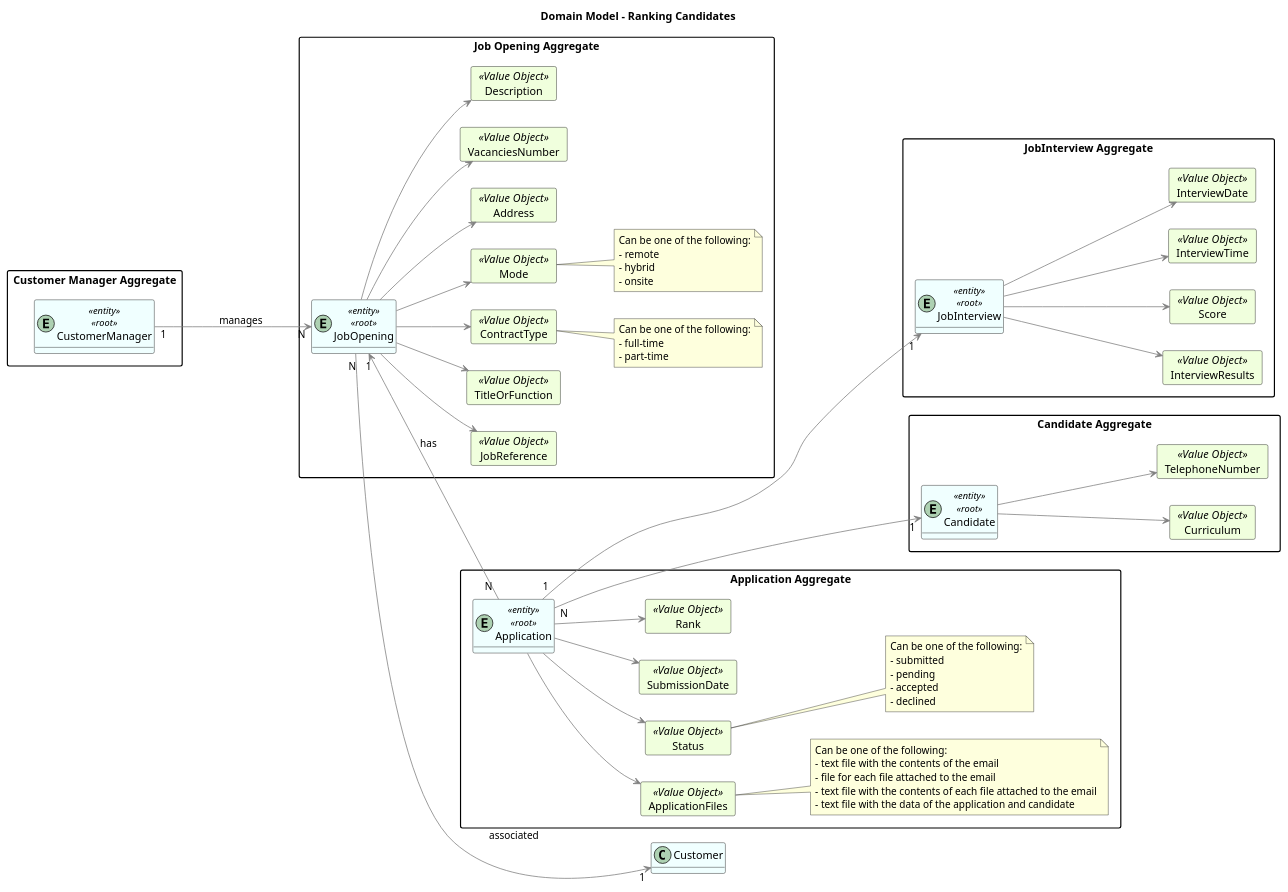
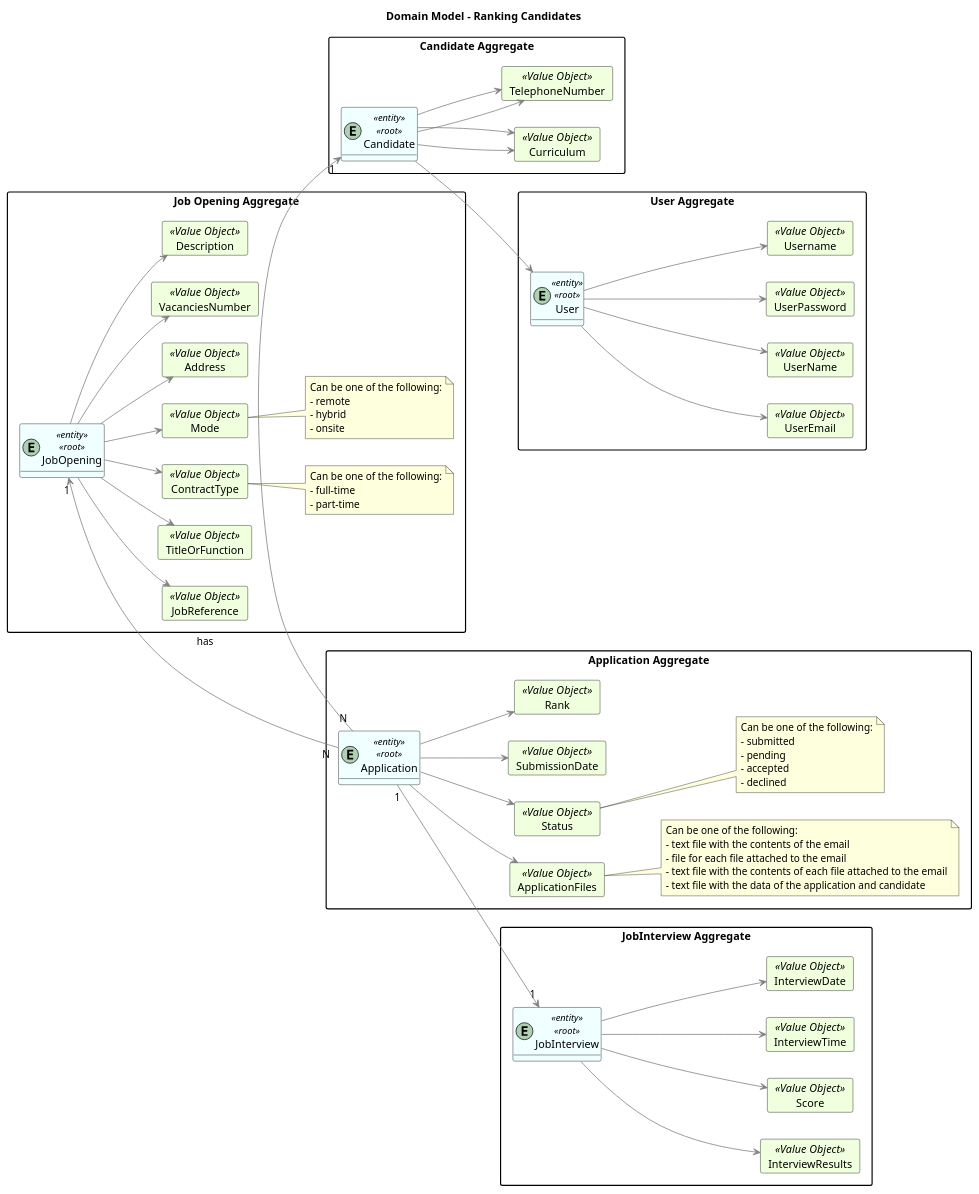
Before and after one commit to MiguelCardoso77/LAPR4: the diagram in docs/SprintC/10-ordered-list-of-candidates/domain-model.puml, drawn with PlantUML. The commit also changed 4 other files, not shown here.

```diff
--- a/docs/SprintC/10-ordered-list-of-candidates/domain-model.puml
+++ b/docs/SprintC/10-ordered-list-of-candidates/domain-model.puml
@@ -1,148 +1,175 @@
 @startuml
 hide methods
 left to right direction
 
 Title "Domain Model - Ranking Candidates"
 
 skinparam class {
     LifeLineBorderColor DarkBlue
     LifeLineBackgroundColor APPLICATION
     BackgroundColor #F0FFFF
     ArrowColor grey
     BorderColor black
 }
 
 skinparam packageStyle rectangle
 
 skinparam card {
     LifeLineBorderColor Green
     LifeLineBackgroundColor APPLICATION
     BackgroundColor #F0FFDD
     ArrowColor DarkGrey
     BorderColor Black
 }
 
 package "Job Opening Aggregate"{
 entity JobOpening <<entity>><<root>>
 
     card JobReference <<Value Object>> {
     }
     card TitleOrFunction <<Value Object>> {
     }
     card ContractType <<Value Object>> {
     }
     card Mode <<Value Object>> {
     }
     card Address <<Value Object>> {
     }
     card VacanciesNumber <<Value Object>> {
     }
     card Description <<Value Object>> {
     }
 
     JobOpening --> JobReference
     JobOpening --> TitleOrFunction
     JobOpening --> ContractType
     JobOpening --> Mode
     JobOpening --> Address
     JobOpening --> VacanciesNumber
     JobOpening --> Description
 
     note right of ContractType
         Can be one of the following:
         - full-time
         - part-time
     end note
 
     note right of Mode
          Can be one of the following:
          - remote
          - hybrid
          - onsite
     end note
 
 }
 
 
 
 package "JobInterview Aggregate"{
 entity JobInterview <<entity>><<root>>
 
      card InterviewResults <<Value Object>> {
      }
      card Score <<Value Object>> {
      }
      card InterviewTime <<Value Object>> {
      }
      card InterviewDate <<Value Object>> {
      }
 
      JobInterview --> InterviewResults
      JobInterview --> Score
      JobInterview --> InterviewTime
      JobInterview --> InterviewDate
 
 }
 
 package "Application Aggregate"{
 entity Application <<entity>><<root>>
 
     card ApplicationFiles <<Value Object>>{
     }
     card Status <<Value Object>>{
     }
     card SubmissionDate <<Value Object>>{
     }
     card Rank <<Value Object>>{
     }
 
     Application --> ApplicationFiles
     Application --> Status
     Application --> SubmissionDate
     Application --> Rank
 
     note right of Status
         Can be one of the following:
         - submitted
         - pending
         - accepted
         - declined
     end note
 
     note right of ApplicationFiles
         Can be one of the following:
         - text file with the contents of the email
         - file for each file attached to the email
         - text file with the contents of each file attached to the email
         - text file with the data of the application and candidate
     end note
 
 }
 
 package "Candidate Aggregate"{
 entity Candidate <<entity>><<root>>
 
     card Curriculum <<Value Object>> {
     }
     card TelephoneNumber <<Value Object>>{
     }
 
     Candidate --> Curriculum
     Candidate --> TelephoneNumber
 }
 
+package "Candidate Aggregate"{
+entity Candidate <<entity>><<root>>
 
-package "Customer Manager Aggregate"{
-entity CustomerManager <<entity>><<root>>
+    card Curriculum <<Value Object>> {
+    }
+    card TelephoneNumber <<Value Object>>{
+    }
+
+    Candidate --> Curriculum
+    Candidate --> TelephoneNumber
+}
+package "User Aggregate"{
+entity User <<entity>><<root>>
+
+    card UserEmail <<Value Object>> {
+    }
+    card UserName <<Value Object>> {
+    }
+    card UserPassword <<Value Object>> {
+    }
+    card Username<<Value Object>> {
+    }
+
+    User --> UserEmail
+    User --> UserName
+    User --> Username
+    User --> UserPassword
 
 }
 
-Application "1" ---> "1" JobInterview
-JobOpening "1" <-- "N " Application : has
-Application "N" ---> "1" Candidate
-CustomerManager "1" ---> "N" JobOpening : manages
-JobOpening "N" ---> "1" Customer : associated
+
+
+
+
+Application "1" --> "1" JobInterview
+JobOpening "1" <--- "N " Application : has
+Application "N" -> "1" Candidate
+Candidate --> User
 
 
 
 @enduml
```
